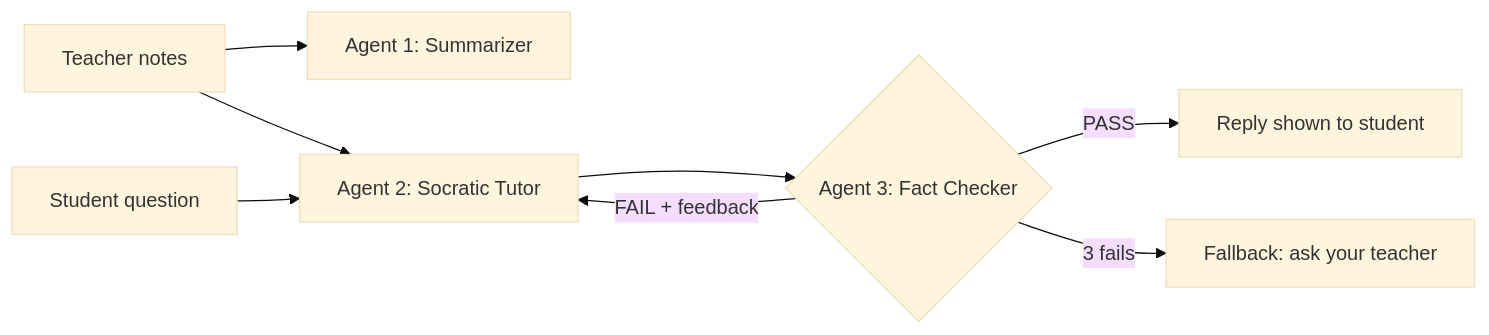
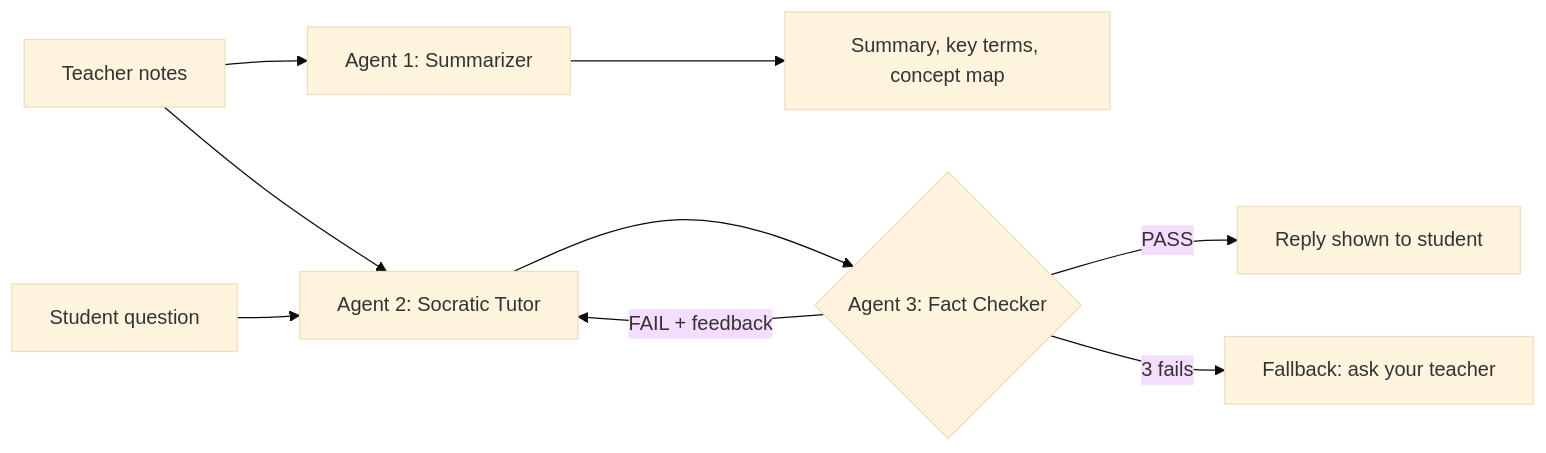
Before and after one commit to KamogeloBambo/agent-zero-ai-tutor: the diagram in README.md, drawn with Mermaid (base theme). The commit also changed other lines of this file, not shown here.

````diff
--- a/README.md
+++ b/README.md
@@ -20,10 +22,11 @@
 ```mermaid
 flowchart LR
   N[Teacher notes] --> A1[Agent 1: Summarizer]
+  A1 --> AIDS[Summary, key terms, concept map]
   S[Student question] --> A2[Agent 2: Socratic Tutor]
   N --> A2
   A2 --> A3{Agent 3: Fact Checker}
   A3 -- PASS --> OUT[Reply shown to student]
   A3 -- FAIL + feedback --> A2
   A3 -- 3 fails --> FB[Fallback: ask your teacher]
 ```
````
